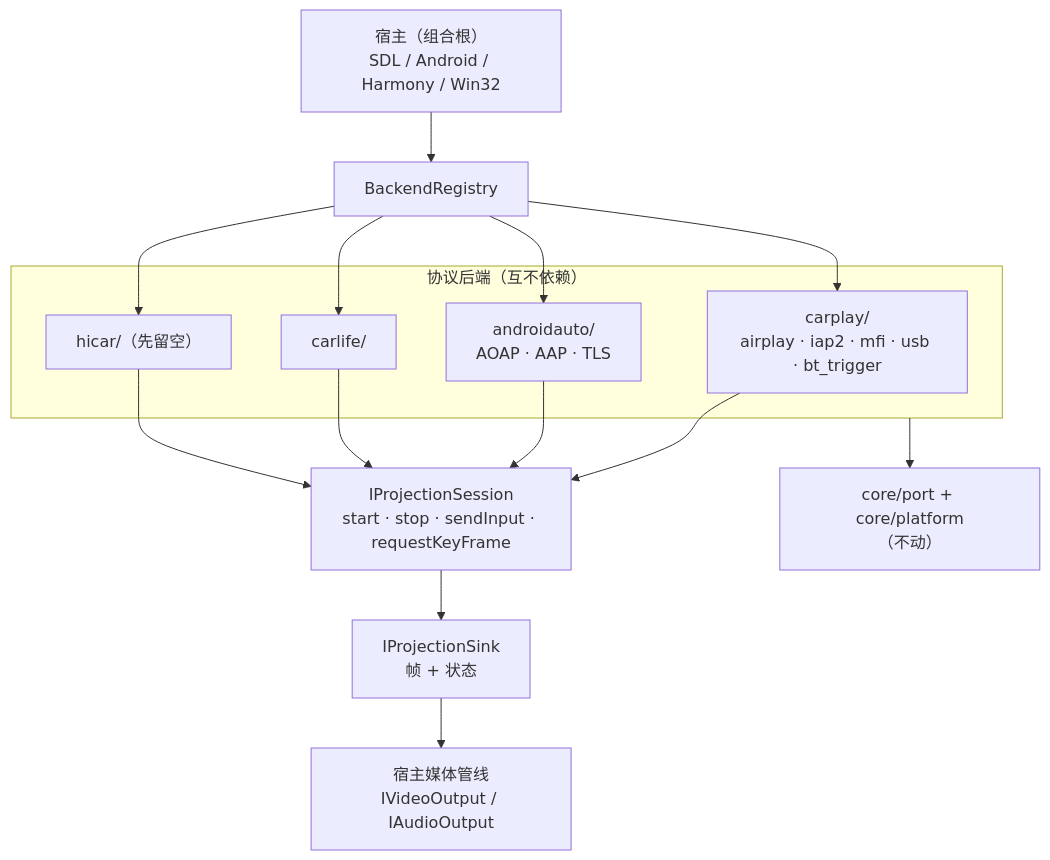
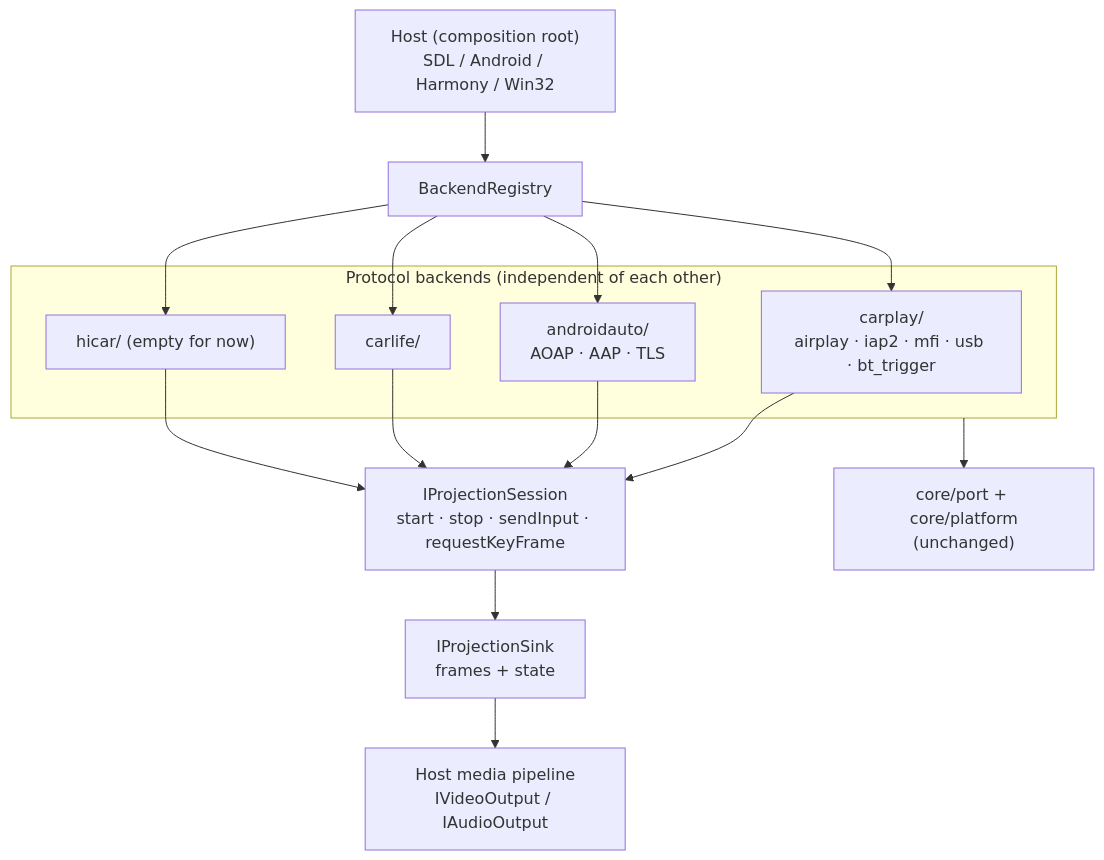
Before and after one commit to UnmetDecade/AllPlay: the diagram in docs/projection-backend.md, drawn with Mermaid. The commit also changed other lines of this file and 175 other files, not shown here.

````diff
--- a/docs/projection-backend.md
+++ b/docs/projection-backend.md
@@ -22,22 +31,22 @@
 ```mermaid
 flowchart TB
-    HOST["宿主（组合根）<br/>SDL / Android / Harmony / Win32"]
+    HOST["Host (composition root)<br/>SDL / Android / Harmony / Win32"]
     REG["BackendRegistry"]
-    subgraph BACKENDS["协议后端（互不依赖）"]
+    subgraph BACKENDS["Protocol backends (independent of each other)"]
         CP["carplay/<br/>airplay · iap2 · mfi · usb · bt_trigger"]
         AA["androidauto/<br/>AOAP · AAP · TLS"]
         CL["carlife/"]
-        HC["hicar/（先留空）"]
+        HC["hicar/ (empty for now)"]
     end
     SESSION["IProjectionSession<br/>start · stop · sendInput · requestKeyFrame"]
-    SINK["IProjectionSink<br/>帧 + 状态"]
-    MEDIA["宿主媒体管线<br/>IVideoOutput / IAudioOutput"]
-    PORT["core/port + core/platform<br/>（不动）"]
+    SINK["IProjectionSink<br/>frames + state"]
+    MEDIA["Host media pipeline<br/>IVideoOutput / IAudioOutput"]
+    PORT["core/port + core/platform<br/>(unchanged)"]
 
     HOST --> REG
     REG --> CP & AA & CL & HC
     CP & AA & CL & HC --> SESSION
     SESSION --> SINK
     SINK --> MEDIA
     BACKENDS --> PORT
 ```
````
